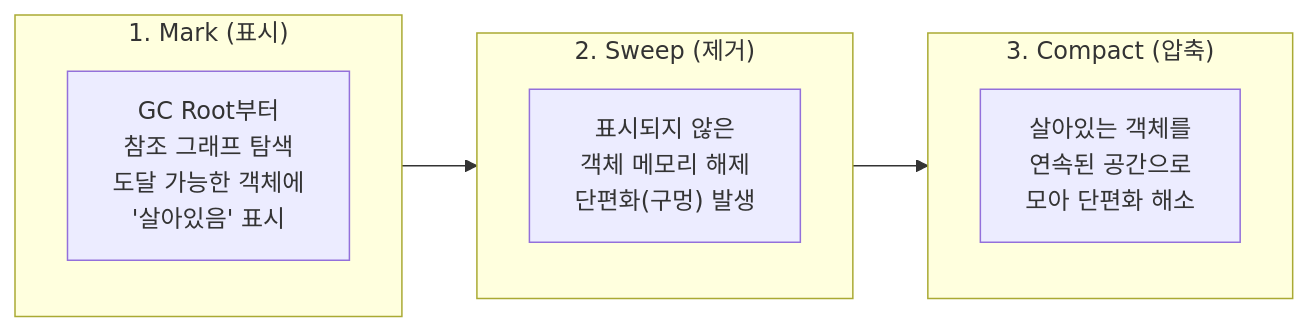
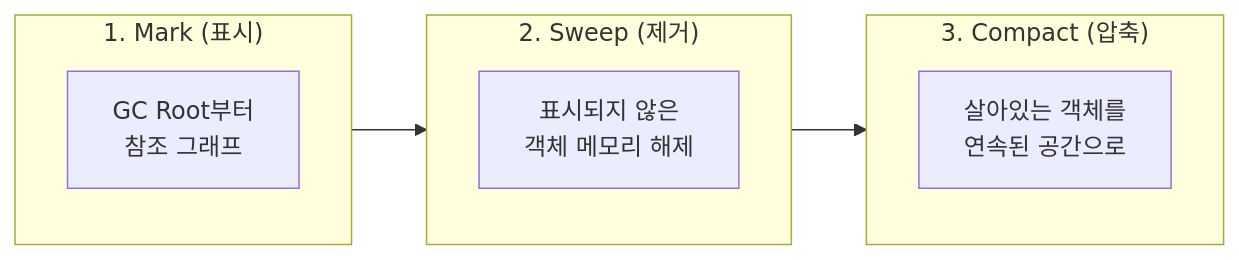
One commit to yjkim2015/yjkim2015.github.io changed the fifth of 7 diagrams in _posts/java/2026-05-02-jvm-architecture.md. Above: the diagram before and after it, drawn with Mermaid. The commit also changed other lines of this file and 271 other files, not shown here.

First line of the commit message:
Mermaid 라벨 축소: 긴 노드 텍스트 18자 이하로 트림 + \n 제거

````diff
--- a/_posts/java/2026-05-02-jvm-architecture.md
+++ b/_posts/java/2026-05-02-jvm-architecture.md
@@ -550,13 +550,13 @@
 ```mermaid
 flowchart LR
     subgraph MARK["1. Mark (표시)"]
-        A["GC Root부터\n참조 그래프 탐색\n도달 가능한 객체에\n'살아있음' 표시"]
+        A["GC Root부터\n참조 그래프"]
     end
     subgraph SWEEP["2. Sweep (제거)"]
-        B["표시되지 않은\n객체 메모리 해제\n단편화(구멍) 발생"]
+        B["표시되지 않은\n객체 메모리 해제"]
     end
     subgraph COMPACT["3. Compact (압축)"]
-        C["살아있는 객체를\n연속된 공간으로\n모아 단편화 해소"]
+        C["살아있는 객체를\n연속된 공간으로"]
     end
     MARK --> SWEEP --> COMPACT
 ```
````
